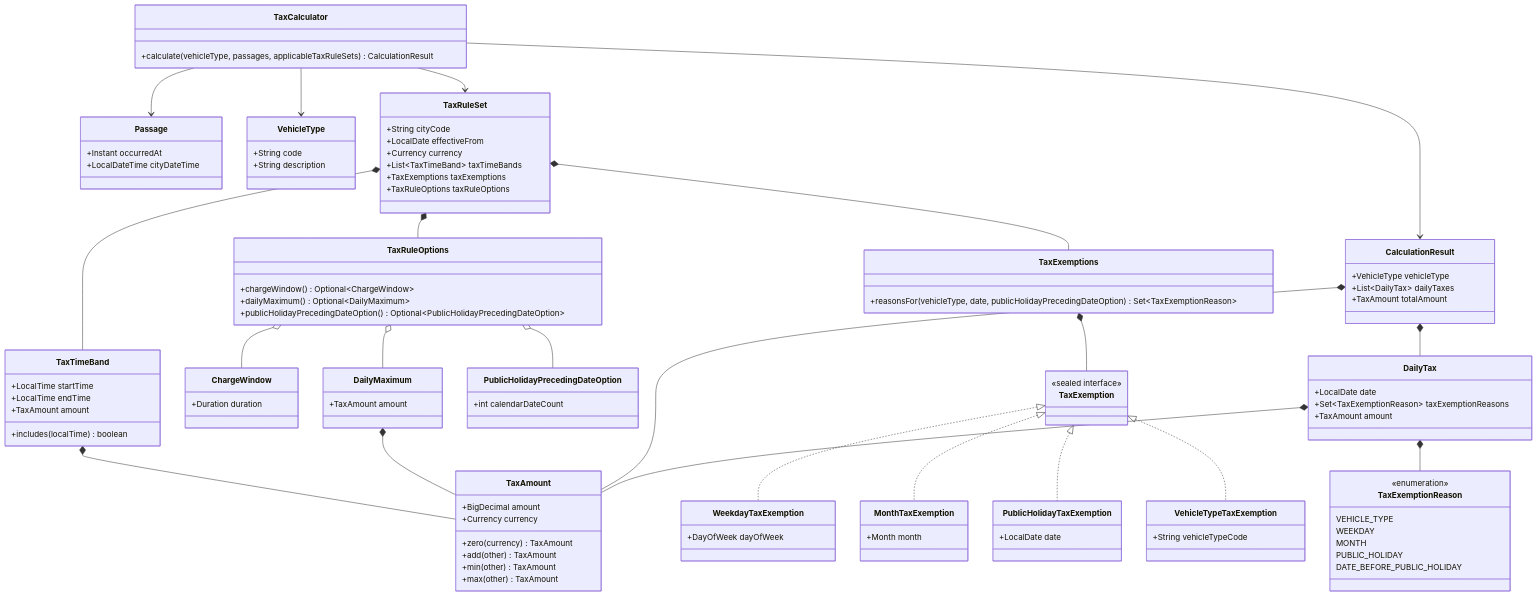
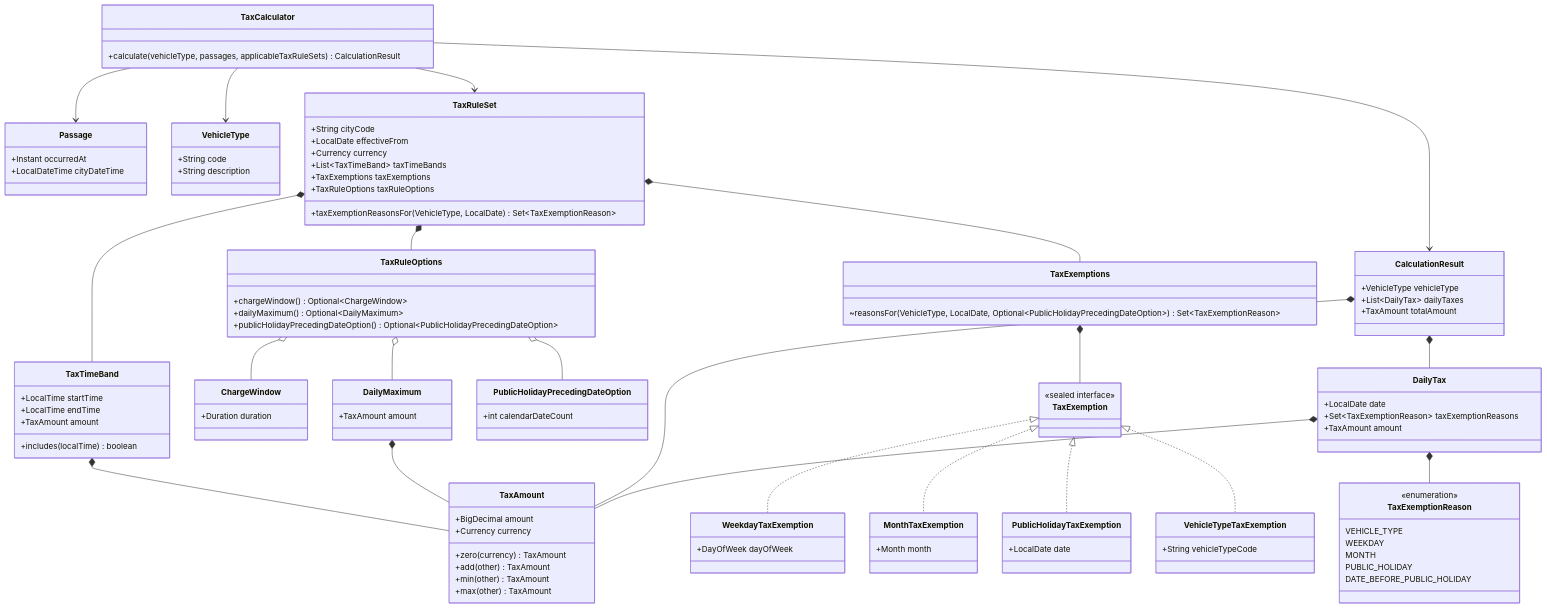
The diagram in docs/design/calculation.md (igrgin/congestion-tax-calculator), drawn with Mermaid before and after one commit.

Commit message:
Correct Tax Exemption diagram access #6

```diff
--- a/docs/design/calculation.md
+++ b/docs/design/calculation.md
@@ -111,10 +111,11 @@
         +List~TaxTimeBand~ taxTimeBands
         +TaxExemptions taxExemptions
         +TaxRuleOptions taxRuleOptions
+        +taxExemptionReasonsFor(VehicleType, LocalDate) Set~TaxExemptionReason~
     }
 
     class TaxExemptions {
-        +reasonsFor(vehicleType, date, publicHolidayPrecedingDateOption) Set~TaxExemptionReason~
+        ~reasonsFor(VehicleType, LocalDate, Optional~PublicHolidayPrecedingDateOption~) Set~TaxExemptionReason~
     }
 
     class TaxExemption {
```
